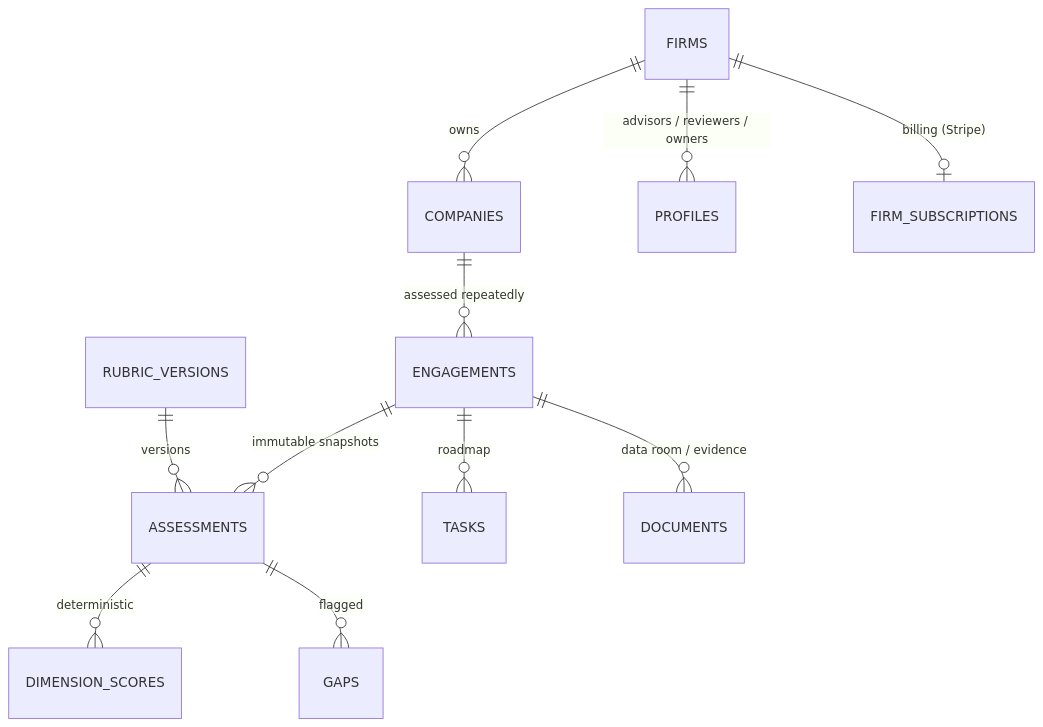
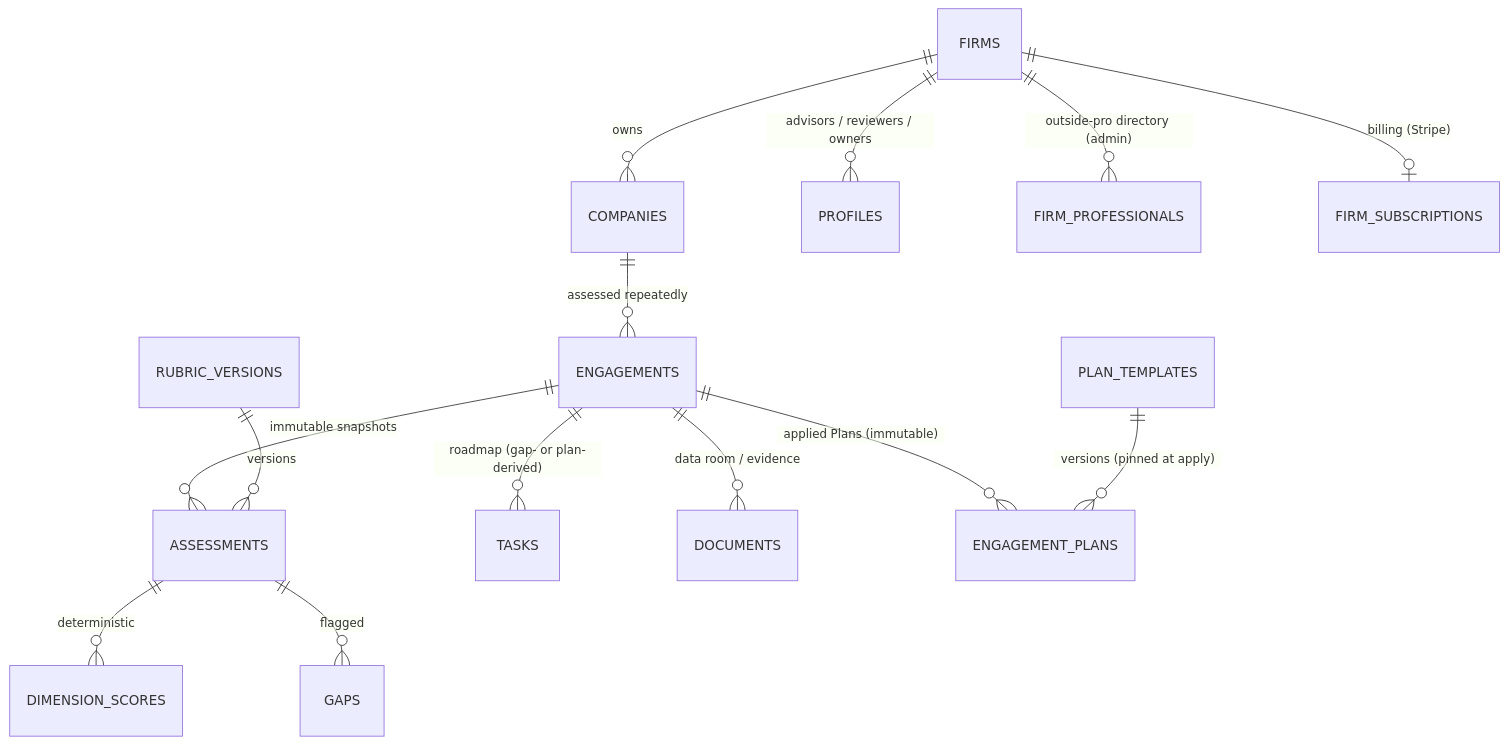
One commit to matthew-fsc/exitblueprint-mvp changed the fourth of 6 diagrams in docs/28-architecture-map.md. Above: the diagram before and after it, drawn with Mermaid. The commit also changed other lines of this file and 8 other files, not shown here.

````diff
--- a/docs/28-architecture-map.md
+++ b/docs/28-architecture-map.md
@@ -120,13 +120,16 @@
 ```mermaid
 erDiagram
   FIRMS ||--o{ COMPANIES : owns
   FIRMS ||--o{ PROFILES : "advisors / reviewers / owners"
   COMPANIES ||--o{ ENGAGEMENTS : "assessed repeatedly"
   ENGAGEMENTS ||--o{ ASSESSMENTS : "immutable snapshots"
-  ENGAGEMENTS ||--o{ TASKS : "roadmap"
+  ENGAGEMENTS ||--o{ TASKS : "roadmap (gap- or plan-derived)"
   ENGAGEMENTS ||--o{ DOCUMENTS : "data room / evidence"
+  ENGAGEMENTS ||--o{ ENGAGEMENT_PLANS : "applied Plans (immutable)"
+  PLAN_TEMPLATES ||--o{ ENGAGEMENT_PLANS : "versions (pinned at apply)"
   ASSESSMENTS ||--o{ DIMENSION_SCORES : "deterministic"
   ASSESSMENTS ||--o{ GAPS : "flagged"
+  FIRMS ||--o{ FIRM_PROFESSIONALS : "outside-pro directory (admin)"
   FIRMS ||--o| FIRM_SUBSCRIPTIONS : "billing (Stripe)"
   RUBRIC_VERSIONS ||--o{ ASSESSMENTS : "versions"
 ```
````
